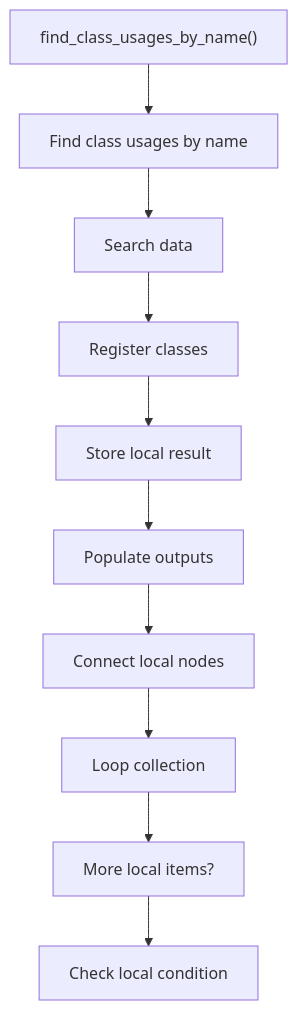
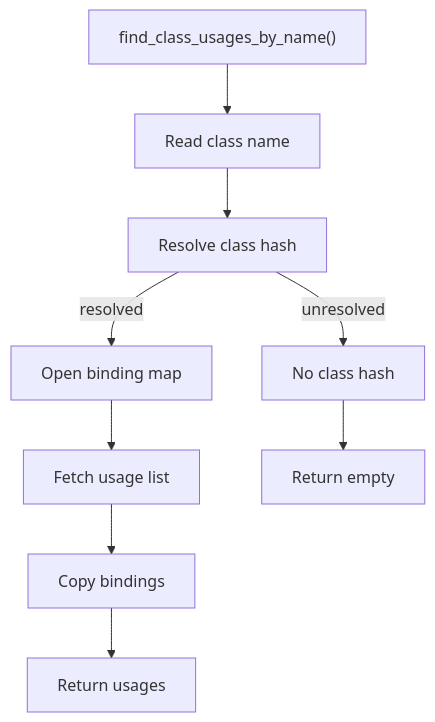
One commit to JohnAndrewBalbarosa/NeoTerritory changed the first of 2 diagrams in docs/Codebase/Microservice/Modules/Source/Analysis/ImplementationUse/Resolution/Symbols/Query/Flow/functions/find_class_usages_by_name.cpp.md. Above: the diagram before and after it, drawn with Mermaid. The commit also changed other lines of this file and 147 other files, not shown here.

````diff
--- a/docs/Codebase/Microservice/Modules/Source/Analysis/ImplementationUse/Resolution/Symbols/Query/Flow/functions/find_class_usages_by_name.cpp.md
+++ b/docs/Codebase/Microservice/Modules/Source/Analysis/ImplementationUse/Resolution/Symbols/Query/Flow/functions/find_class_usages_by_name.cpp.md
@@ -29,22 +37,20 @@
 ```mermaid
 flowchart TD
     N0["find_class_usages_by_name()"]
-    N1["Find class usages by name"]
-    N2["Search data"]
-    N3["Register classes"]
-    N4["Store local result"]
-    N5["Populate outputs"]
-    N6["Connect local nodes"]
-    N7["Loop collection"]
-    N8["More local items?"]
-    N9["Check local condition"]
+    N1["Read class name"]
+    N2["Resolve class hash"]
+    N3["Open binding map"]
+    N4["Fetch usage list"]
+    N5["Copy bindings"]
+    N6["Return usages"]
+    N7["No class hash"]
+    N8["Return empty"]
     N0 --> N1
     N1 --> N2
-    N2 --> N3
+    N2 -->|resolved| N3
     N3 --> N4
     N4 --> N5
     N5 --> N6
-    N6 --> N7
+    N2 -->|unresolved| N7
     N7 --> N8
-    N8 --> N9
 ```
````
